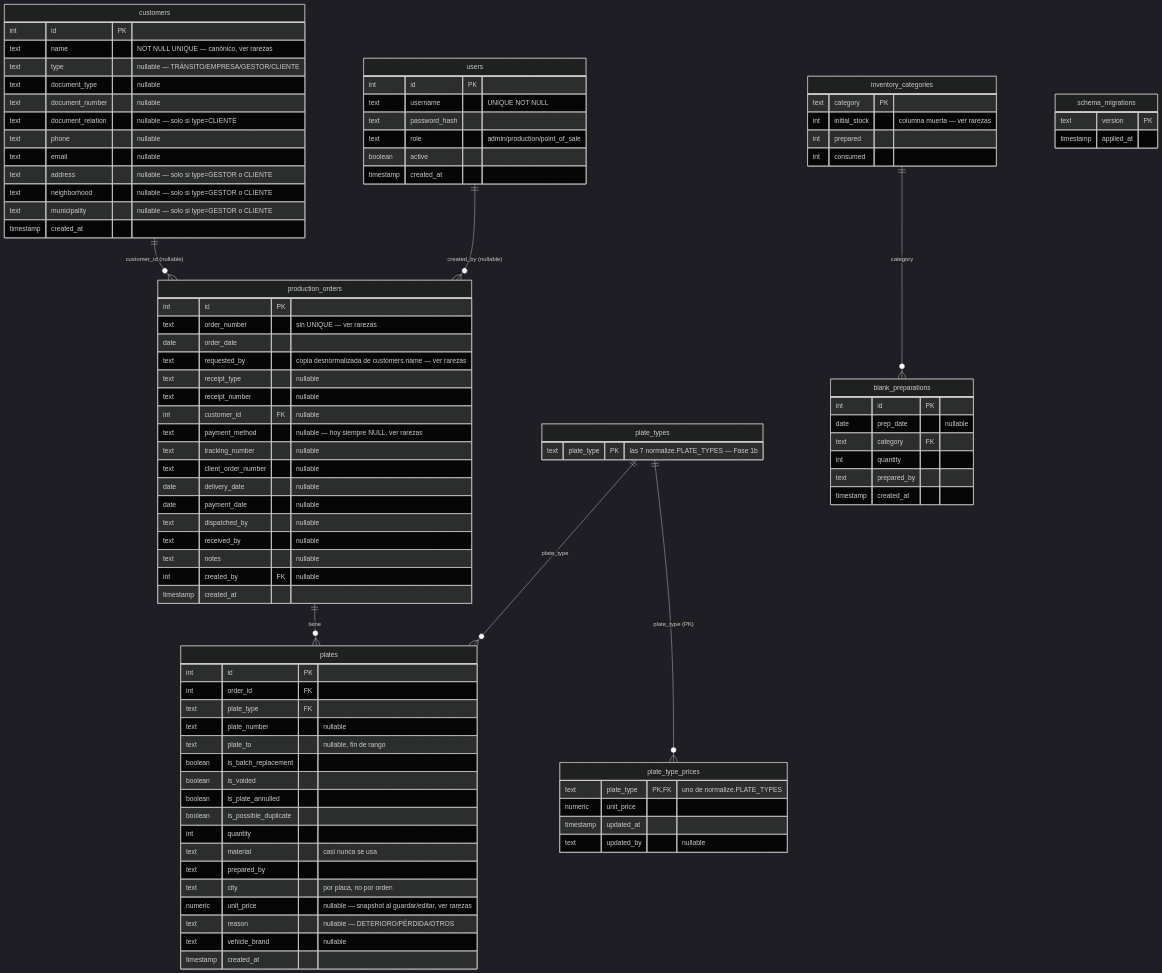
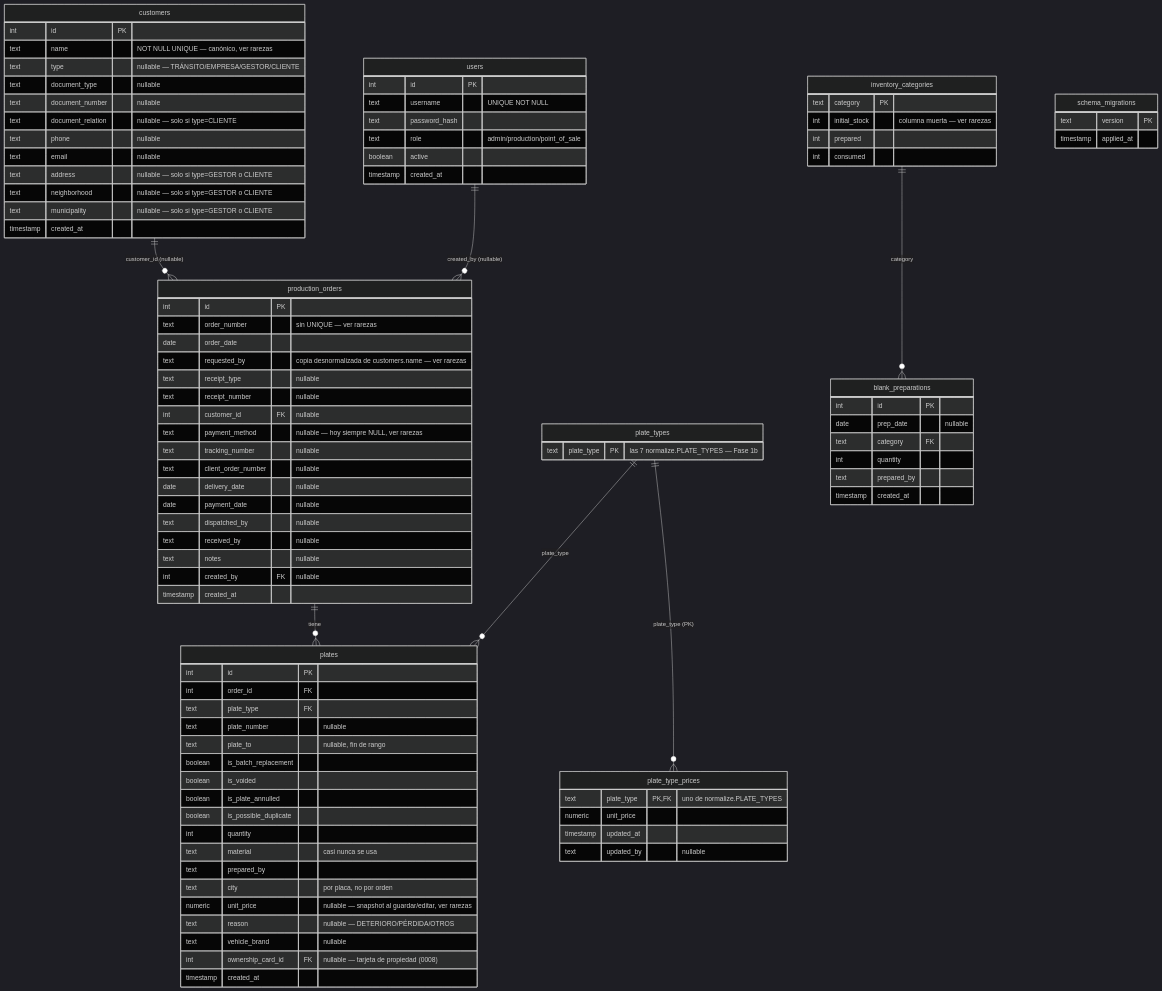
Before and after one commit to nickkmm/plates: the diagram in docs/DATABASE.md, drawn with Mermaid (dark theme). The commit also changed other lines of this file and 3 other files, not shown here.

Commit message:
Document the plate to ownership card link

```diff
--- a/docs/DATABASE.md
+++ b/docs/DATABASE.md
@@ -87,6 +87,7 @@
         numeric unit_price "nullable — snapshot al guardar/editar, ver rarezas"
         text reason "nullable — DETERIORO/PÉRDIDA/OTROS"
         text vehicle_brand "nullable"
+        int ownership_card_id FK "nullable — tarjeta de propiedad (0008)"
         timestamp created_at
     }
     customers {
```
